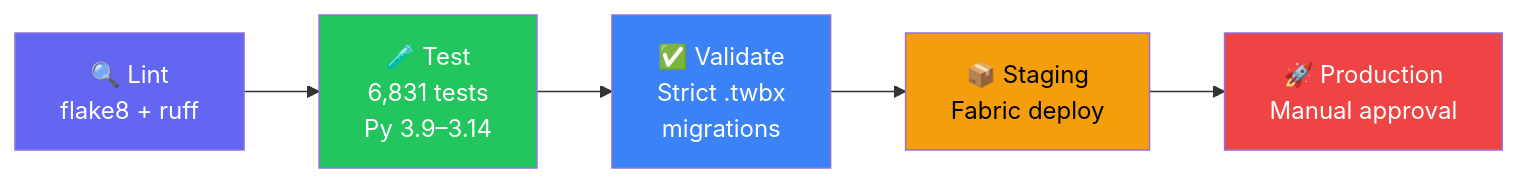
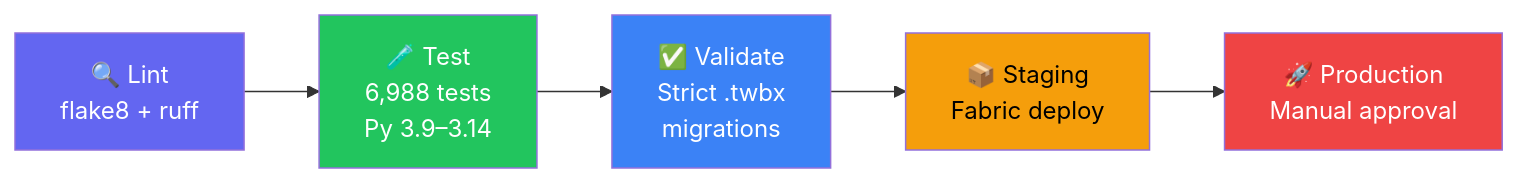
The fifth of 5 diagrams in README.md (cyphou/Tableau-To-PowerBI), drawn with Mermaid before and after one commit. The commit also changed other lines of this file and 8 other files, not shown here.

First line of the commit message:
docs: bump version to v28.2.0, update ROADMAP + DEVELOPMENT_PLAN + README

````diff
--- a/README.md
+++ b/README.md
@@ -846,13 +846,13 @@
 ```mermaid
 flowchart LR
-    L["🔍 Lint\nflake8 + ruff"] --> T["🧪 Test\n6,831 tests\nPy 3.9–3.14"]
+    L["🔍 Lint\nflake8 + ruff"] --> T["🧪 Test\n6,988 tests\nPy 3.9–3.14"]
     T --> V["✅ Validate\nStrict .twbx\nmigrations"]
     V --> S["📦 Staging\nFabric deploy"]
     S --> P["🚀 Production\nManual approval"]
     
     style L fill:#6366f1,color:#fff
     style T fill:#22c55e,color:#fff
     style V fill:#3b82f6,color:#fff
     style S fill:#f59e0b,color:#000
     style P fill:#ef4444,color:#fff
 ```
````
